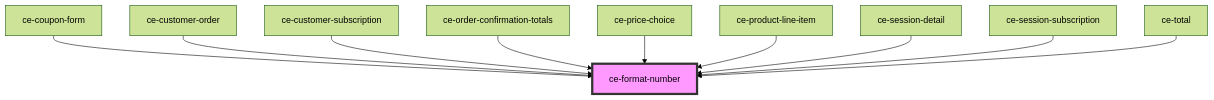
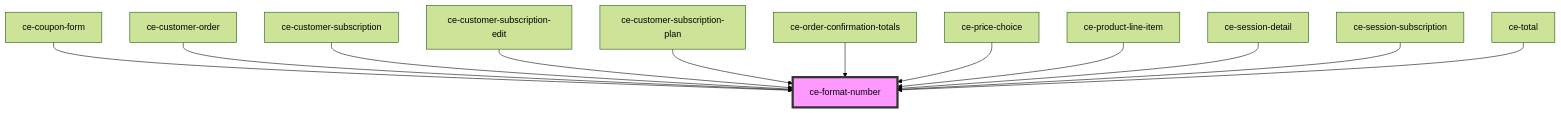
One commit to surecart/surecart-wp-plugin changed the diagram in packages/components/src/components/util/format-number/readme.md. Above: the diagram before and after it, drawn with Mermaid (forest theme). The commit also changed other lines of this file and 41 other files, not shown here.

````diff
--- a/packages/components/src/components/util/format-number/readme.md
+++ b/packages/components/src/components/util/format-number/readme.md
@@ -41,13 +43,15 @@
 ```mermaid
 graph TD;
   ce-coupon-form --> ce-format-number
   ce-customer-order --> ce-format-number
   ce-customer-subscription --> ce-format-number
+  ce-customer-subscription-edit --> ce-format-number
+  ce-customer-subscription-plan --> ce-format-number
   ce-order-confirmation-totals --> ce-format-number
   ce-price-choice --> ce-format-number
   ce-product-line-item --> ce-format-number
   ce-session-detail --> ce-format-number
   ce-session-subscription --> ce-format-number
   ce-total --> ce-format-number
   style ce-format-number fill:#f9f,stroke:#333,stroke-width:4px
 ```
````
